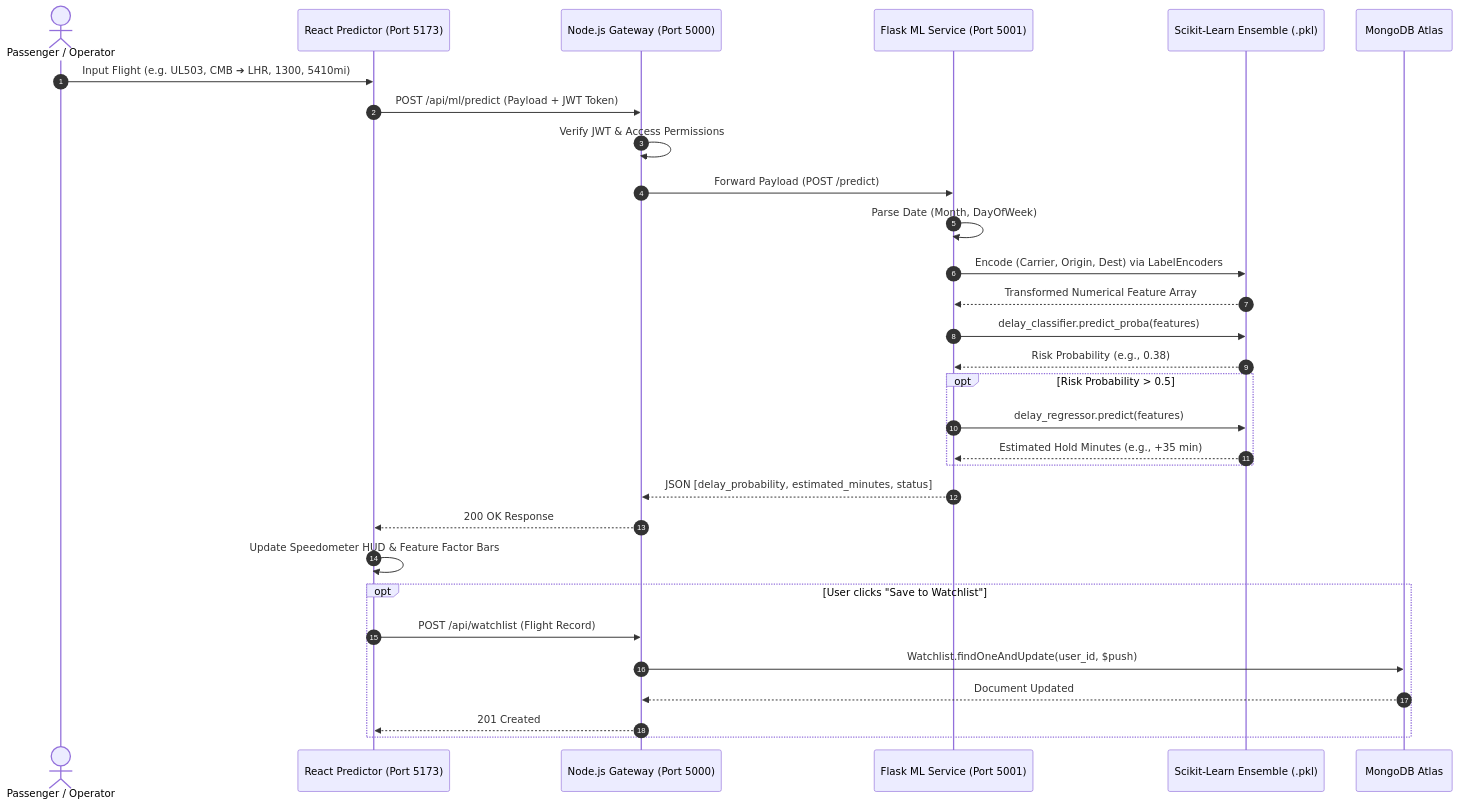
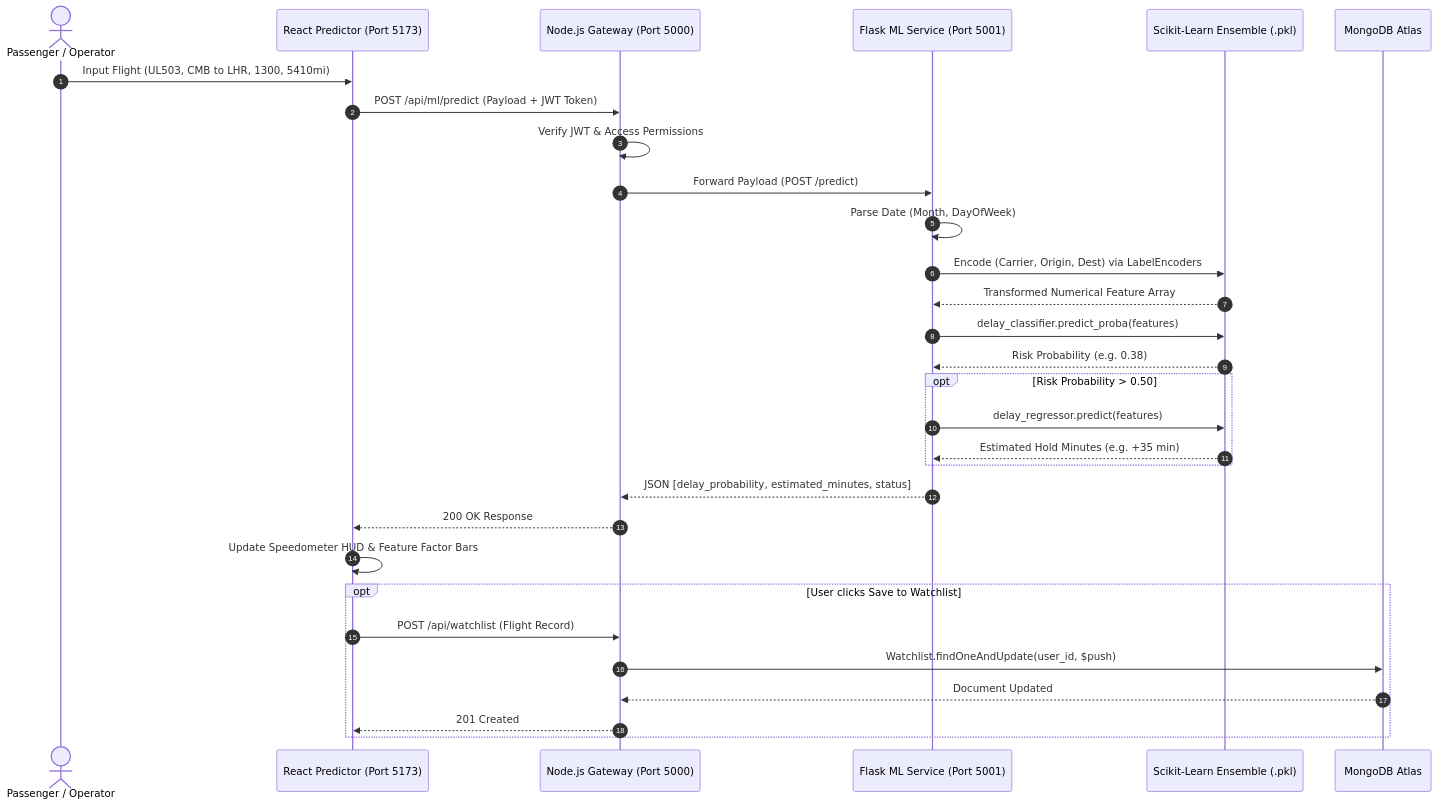
The third of 7 diagrams in README.md (PansiluDev2005/flycast), drawn with Mermaid before and after one commit. The commit also changed other lines of this file, not shown here.

Commit message:
fix(docs): fix Mermaid diagram syntax errors for GitHub markdown parser

````diff
--- a/README.md
+++ b/README.md
@@ -187,33 +192,33 @@
 ```mermaid
 sequenceDiagram
     autonumber
     actor User as Passenger / Operator
     participant UI as React Predictor (Port 5173)
     participant Node as Node.js Gateway (Port 5000)
     participant Flask as Flask ML Service (Port 5001)
     participant Model as Scikit-Learn Ensemble (.pkl)
     participant DB as MongoDB Atlas
 
-    User->>UI: Input Flight (e.g. UL503, CMB ➔ LHR, 1300, 5410mi)
+    User->>UI: Input Flight (UL503, CMB to LHR, 1300, 5410mi)
     UI->>Node: POST /api/ml/predict (Payload + JWT Token)
     Node->>Node: Verify JWT & Access Permissions
     Node->>Flask: Forward Payload (POST /predict)
     Flask->>Flask: Parse Date (Month, DayOfWeek)
     Flask->>Model: Encode (Carrier, Origin, Dest) via LabelEncoders
     Model-->>Flask: Transformed Numerical Feature Array
     Flask->>Model: delay_classifier.predict_proba(features)
-    Model-->>Flask: Risk Probability (e.g., 0.38)
-    opt Risk Probability > 0.5
+    Model-->>Flask: Risk Probability (e.g. 0.38)
+    opt Risk Probability > 0.50
         Flask->>Model: delay_regressor.predict(features)
-        Model-->>Flask: Estimated Hold Minutes (e.g., +35 min)
+        Model-->>Flask: Estimated Hold Minutes (e.g. +35 min)
     end
     Flask-->>Node: JSON [delay_probability, estimated_minutes, status]
     Node-->>UI: 200 OK Response
     UI->>UI: Update Speedometer HUD & Feature Factor Bars
-    opt User clicks "Save to Watchlist"
+    opt User clicks Save to Watchlist
         UI->>Node: POST /api/watchlist (Flight Record)
         Node->>DB: Watchlist.findOneAndUpdate(user_id, $push)
         DB-->>Node: Document Updated
         Node-->>UI: 201 Created
     end
 ```
````
